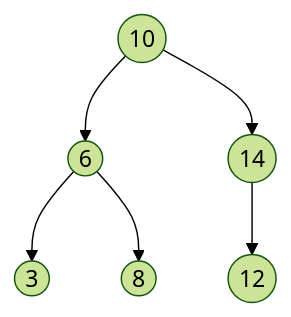
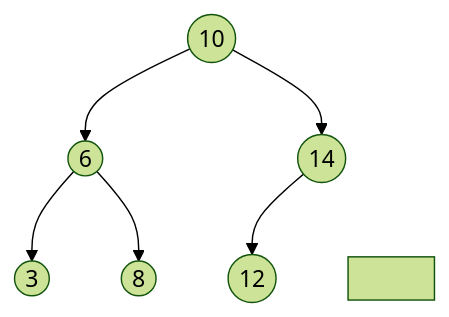
The fifth of 12 diagrams in cst/6binnode/Ex6a5binnode.md (3strategy/BeautifulMivney), drawn with Mermaid (forest theme) before and after one commit. The commit also changed other lines of this file, not shown here.

````diff
--- a/cst/6binnode/Ex6a5binnode.md
+++ b/cst/6binnode/Ex6a5binnode.md
@@ -78,8 +81,11 @@
 ```mermaid
 flowchart TB
   A((10)) --> B((6))
   A --> C((14))
   B --> D((3)):::leaf
   B --> E((8)):::leaf
   C --> F((12)):::leaf
+  C --- NC[ ]:::invisible
+  
+  linkStyle 5 stroke-opacity:0
 ```
````
